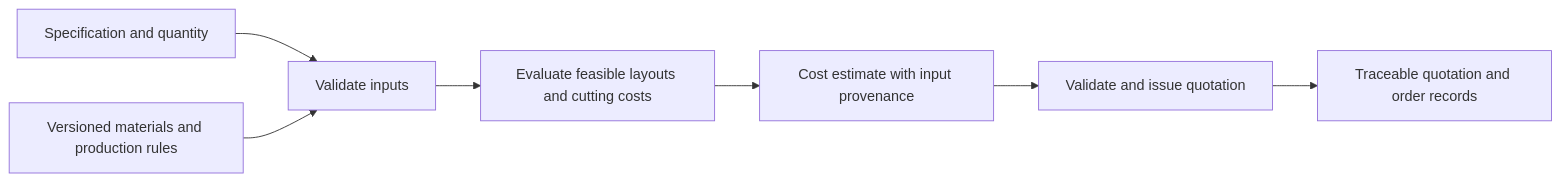
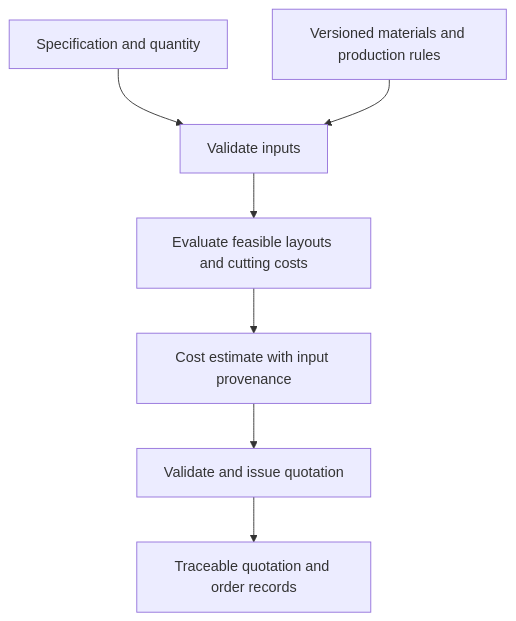
One commit to Q-types/Portfolio changed the diagram in projects/ksp-mis/README.md. Above: the diagram before and after it, drawn with Mermaid. The commit also changed 1 other file, not shown here.

Commit message:
Clarify project navigation and improve diagram layout

````diff
--- a/projects/ksp-mis/README.md
+++ b/projects/ksp-mis/README.md
@@ -17,9 +17,9 @@
 ```mermaid
-flowchart LR
+flowchart TD
     A[Specification and quantity] --> C[Validate inputs]
     B[Versioned materials and production rules] --> C
     C --> D[Evaluate feasible layouts and cutting costs]
     D --> E[Cost estimate with input provenance]
     E --> F[Validate and issue quotation]
     F --> G[Traceable quotation and order records]
 ```
````
